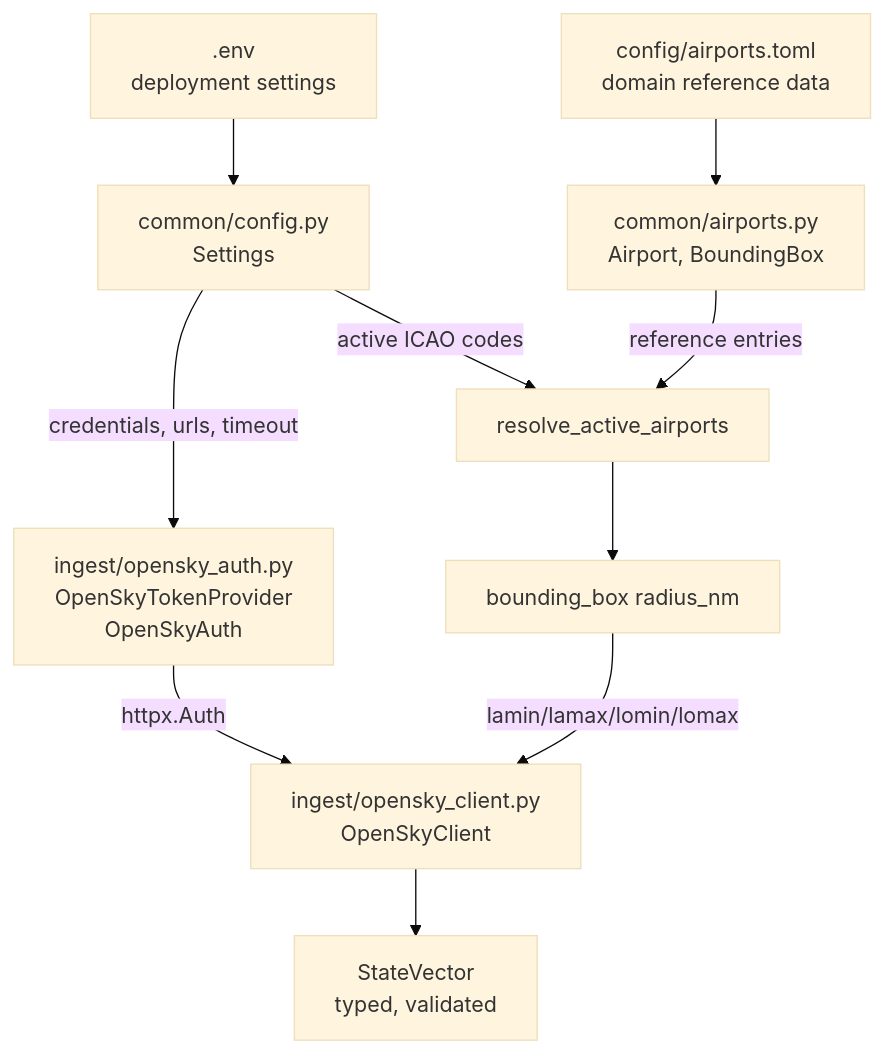
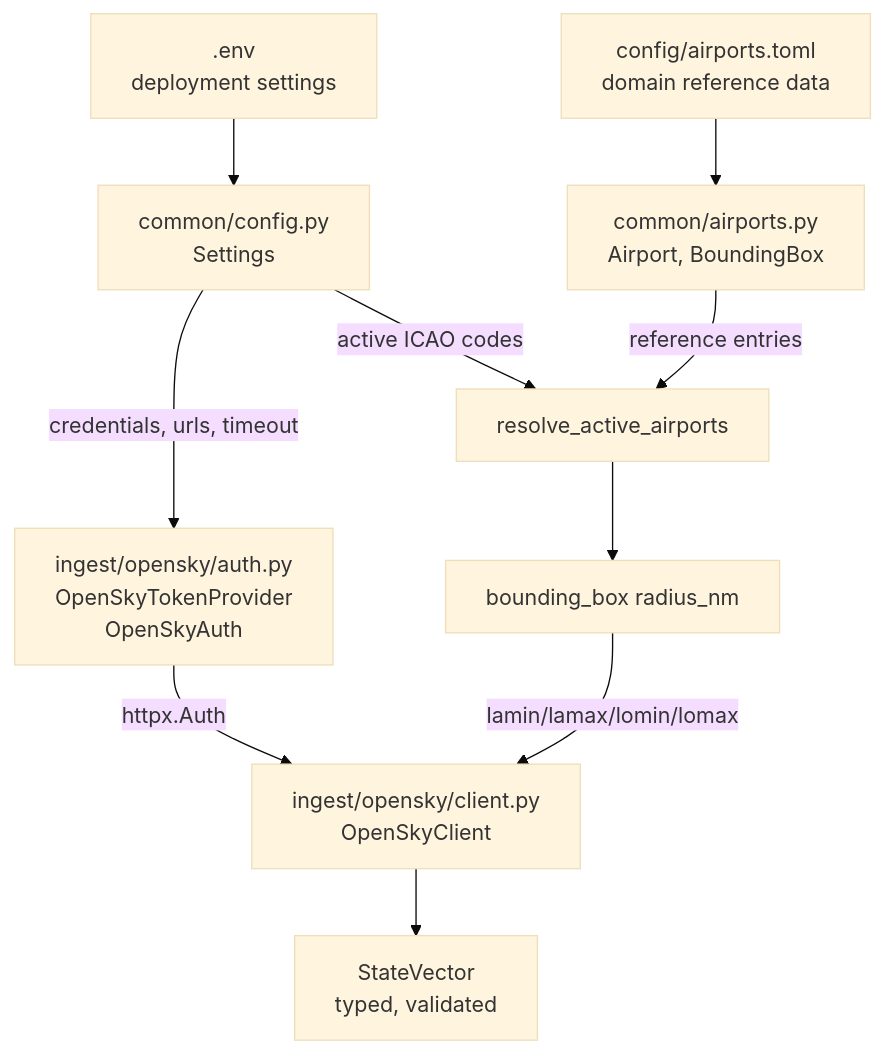
Before and after one commit to YWY2002/Flight-delay-prediction-system: the third of 8 diagrams in ARCHITECTURE.md, drawn with Mermaid (base theme). The commit also changed other lines of this file and 26 other files, not shown here.

````diff
--- a/ARCHITECTURE.md
+++ b/ARCHITECTURE.md
@@ -307,17 +322,17 @@
 ```mermaid
 flowchart TD
     ENV[".env<br/>deployment settings"] --> CFG
     TOML["config/airports.toml<br/>domain reference data"] --> APT
 
     CFG["common/config.py<br/>Settings"]
     APT["common/airports.py<br/>Airport, BoundingBox"]
 
     CFG -->|"active ICAO codes"| RES["resolve_active_airports"]
     APT -->|"reference entries"| RES
     RES --> BBOX["bounding_box radius_nm"]
 
-    CFG -->|"credentials, urls, timeout"| AUTH["ingest/opensky_auth.py<br/>OpenSkyTokenProvider<br/>OpenSkyAuth"]
-    AUTH -->|"httpx.Auth"| CLI["ingest/opensky_client.py<br/>OpenSkyClient"]
+    CFG -->|"credentials, urls, timeout"| AUTH["ingest/opensky/auth.py<br/>OpenSkyTokenProvider<br/>OpenSkyAuth"]
+    AUTH -->|"httpx.Auth"| CLI["ingest/opensky/client.py<br/>OpenSkyClient"]
     BBOX -->|"lamin/lamax/lomin/lomax"| CLI
     CLI --> SV["StateVector<br/>typed, validated"]
 ```
````
